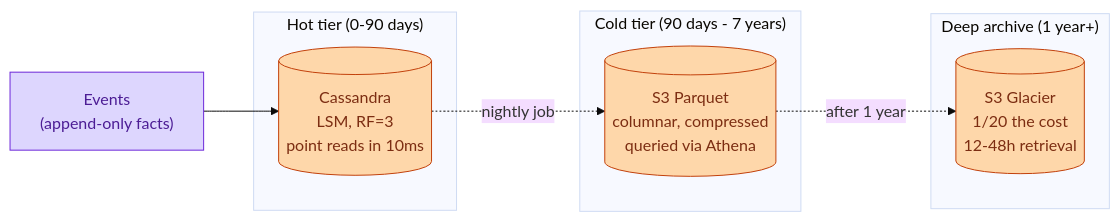
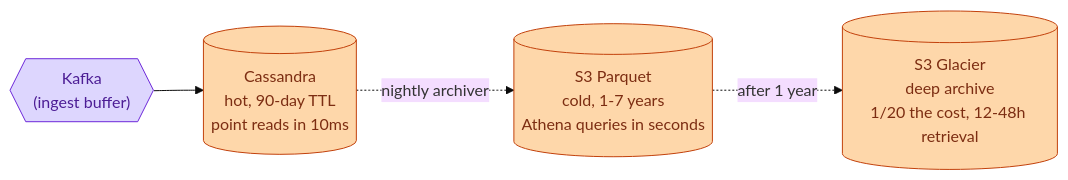
The seventh of 12 diagrams in problems/018-write-heavy-patterns/question.md (shiningflash/system-design), drawn with Mermaid (base theme) before and after one commit. The commit also changed other lines of this file and 37 other files, not shown here.

````diff
--- a/problems/018-write-heavy-patterns/question.md
+++ b/problems/018-write-heavy-patterns/question.md
@@ -300,23 +233,9 @@
 ```mermaid
 flowchart LR
-    E["Events<br/>(append-only facts)"]:::queue
-
-    subgraph Hot["Hot tier (0-90 days)"]
-        CS[("Cassandra<br/>LSM, RF=3<br/>point reads in 10ms")]:::db
-    end
-
-    subgraph Cold["Cold tier (90 days - 7 years)"]
-        S3[("S3 Parquet<br/>columnar, compressed<br/>queried via Athena")]:::db
-    end
-
-    subgraph Archive["Deep archive (1 year+)"]
-        GL[("S3 Glacier<br/>1/20 the cost<br/>12-48h retrieval")]:::db
-    end
-
-    E --> CS
-    CS -.nightly job.-> S3
-    S3 -.after 1 year.-> GL
+    K{{"Kafka<br/>(ingest buffer)"}}:::queue --> CS[("Cassandra<br/>hot, 90-day TTL<br/>point reads in 10ms")]:::db
+    CS -.nightly archiver.-> S3[("S3 Parquet<br/>cold, 1-7 years<br/>Athena queries in seconds")]:::db
+    S3 -.after 1 year.-> GL[("S3 Glacier<br/>deep archive<br/>1/20 the cost, 12-48h retrieval")]:::db
 
     classDef db    fill:#fed7aa,stroke:#c2410c,color:#7c2d12
     classDef queue fill:#ddd6fe,stroke:#6d28d9,color:#4c1d95
 ```
````
